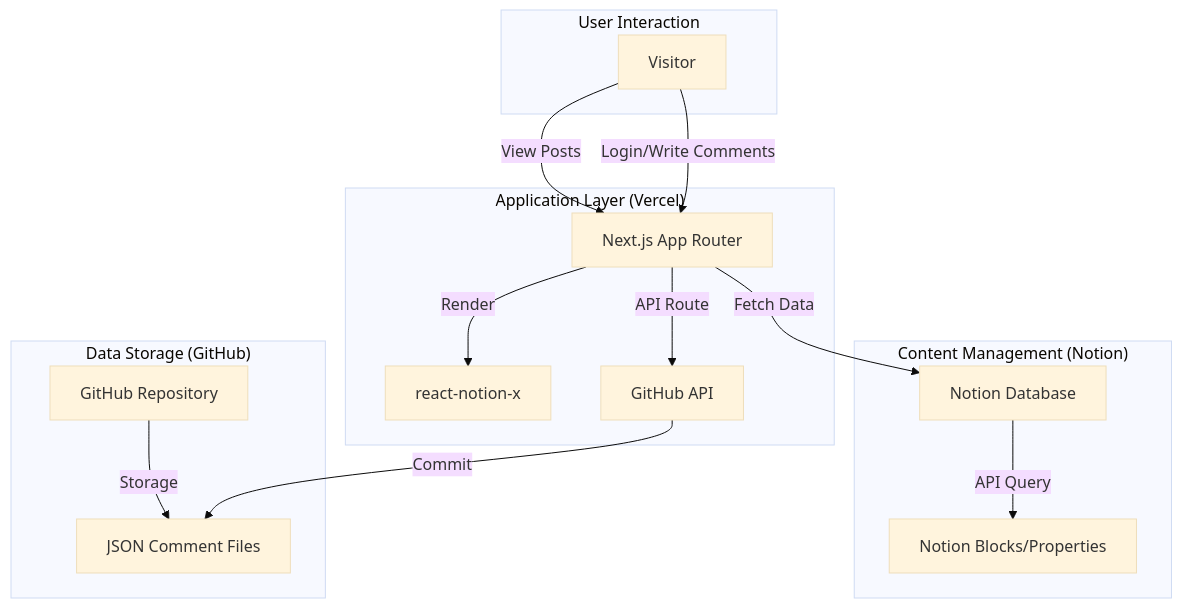
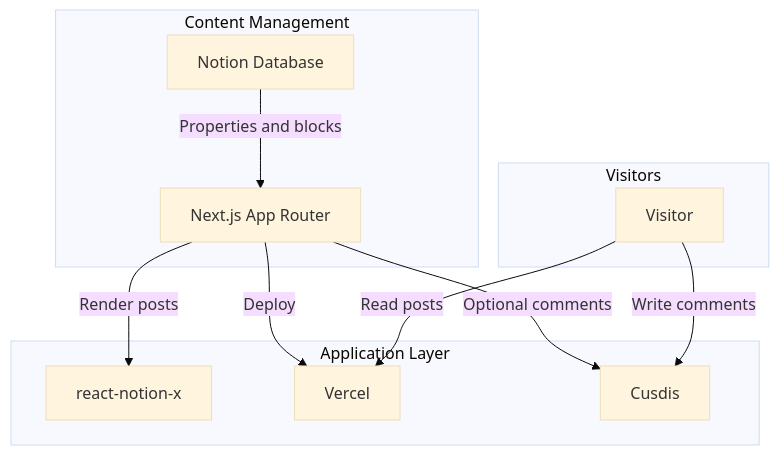
Before and after one commit to 4lph4-dvlp/NoLog: the diagram in README.md, drawn with Mermaid (base theme). The commit also changed other lines of this file and 13 other files, not shown here.

````diff
--- a/README.md
+++ b/README.md
@@ -15,22 +13,17 @@
 ```mermaid
 graph TD
-    subgraph "Content Management (Notion)"
-        N[Notion Database] -->|API Query| NB[Notion Blocks/Properties]
+    subgraph "Content Management"
+        N[Notion Database] -->|Properties and blocks| V[Next.js App Router]
     end
 
-    subgraph "Application Layer (Vercel)"
-        V[Next.js App Router] -->|Fetch Data| N
-        V -->|Render| RX[react-notion-x]
-        V -->|API Route| GH_API[GitHub API]
+    subgraph "Application Layer"
+        V -->|Render posts| RX[react-notion-x]
+        V -->|Deploy| VC[Vercel]
+        V -->|Optional comments| C[Cusdis]
     end
 
-    subgraph "Data Storage (GitHub)"
-        GH[GitHub Repository] -->|Storage| CM[JSON Comment Files]
-        GH_API -->|Commit| CM
-    end
-
-    subgraph "User Interaction"
-        U[Visitor] -->|View Posts| V
-        U -->|Login/Write Comments| V
+    subgraph "Visitors"
+        U[Visitor] -->|Read posts| VC
+        U -->|Write comments| C
     end
 ```
````
